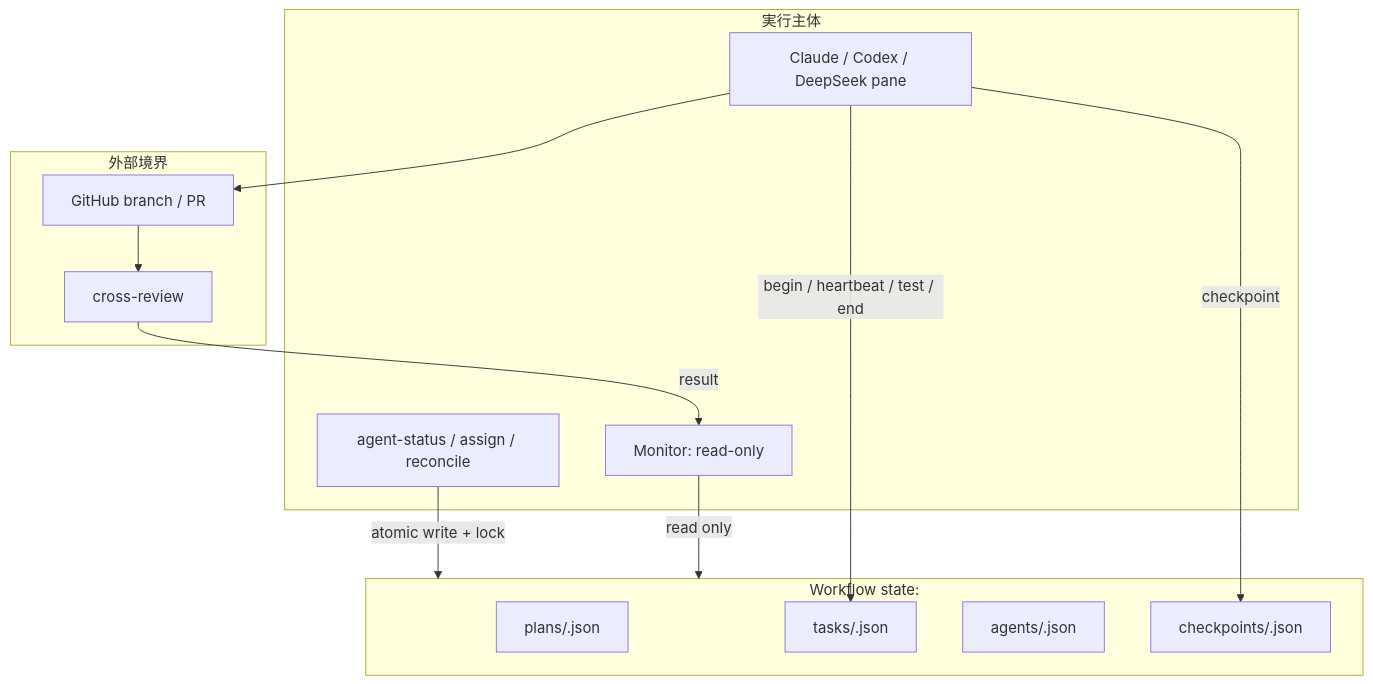
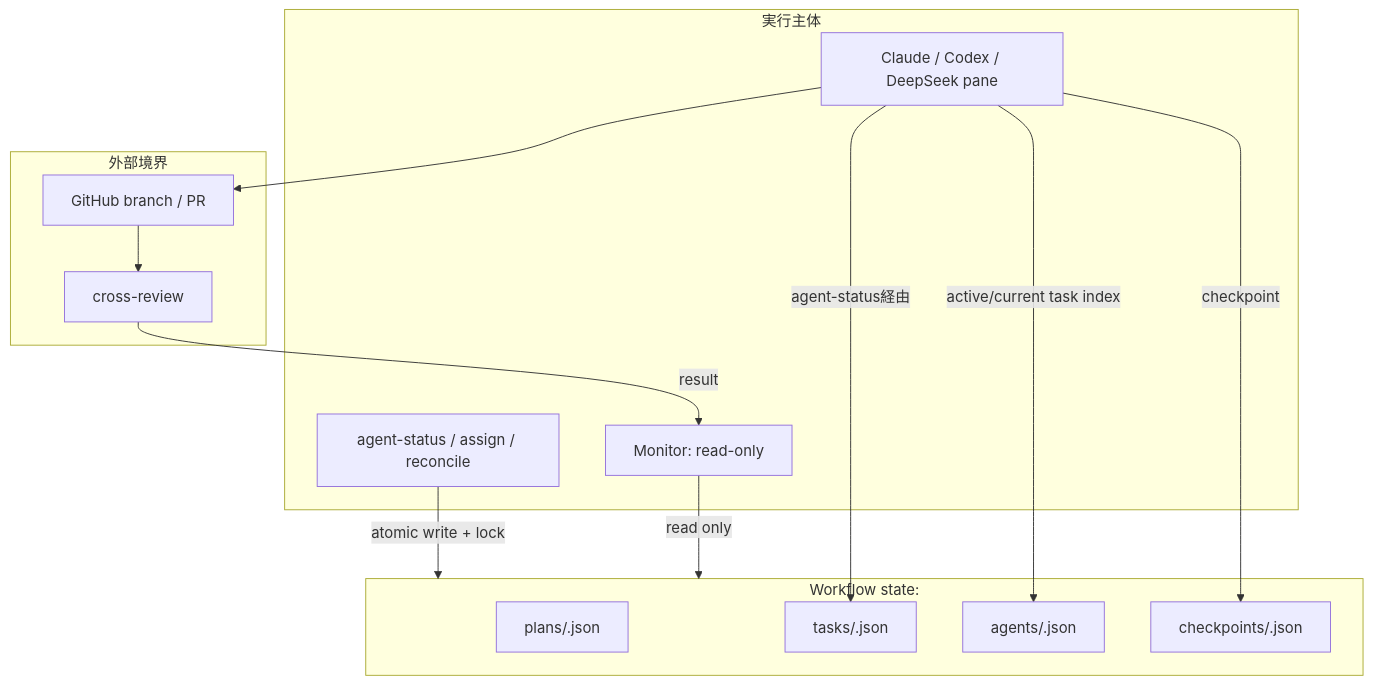
The second of 2 diagrams in docs/requirement-task-assignment-pipeline-plan.md (aidabo/agent-workflow), drawn with Mermaid before and after one commit. The commit also changed other lines of this file, not shown here.

````diff
--- a/docs/requirement-task-assignment-pipeline-plan.md
+++ b/docs/requirement-task-assignment-pipeline-plan.md
@@ -37,24 +37,25 @@
 ```mermaid
 flowchart TB
   subgraph STATE[Workflow state: <state-root>]
     PLAN[plans/<plan_id>.json]
     TASK[tasks/<task_id>.json]
     INDEX[agents/<agent>.json]
     CP[checkpoints/<task_id>.json]
   end
   subgraph EXEC[実行主体]
     CLI[agent-status / assign / reconcile]
     PANE[Claude / Codex / DeepSeek pane]
     MON[Monitor: read-only]
   end
   subgraph GITHUB[外部境界]
     PR[GitHub branch / PR]
     REVIEW[cross-review]
   end
   CLI -->|atomic write + lock| STATE
-  PANE -->|begin / heartbeat / test / end| TASK
+  PANE -->|agent-status経由| TASK
+  PANE -->|active/current task index| INDEX
   PANE -->|checkpoint| CP
   MON -->|read only| STATE
   PANE --> PR --> REVIEW
   REVIEW -->|result| MON
 ```
````
